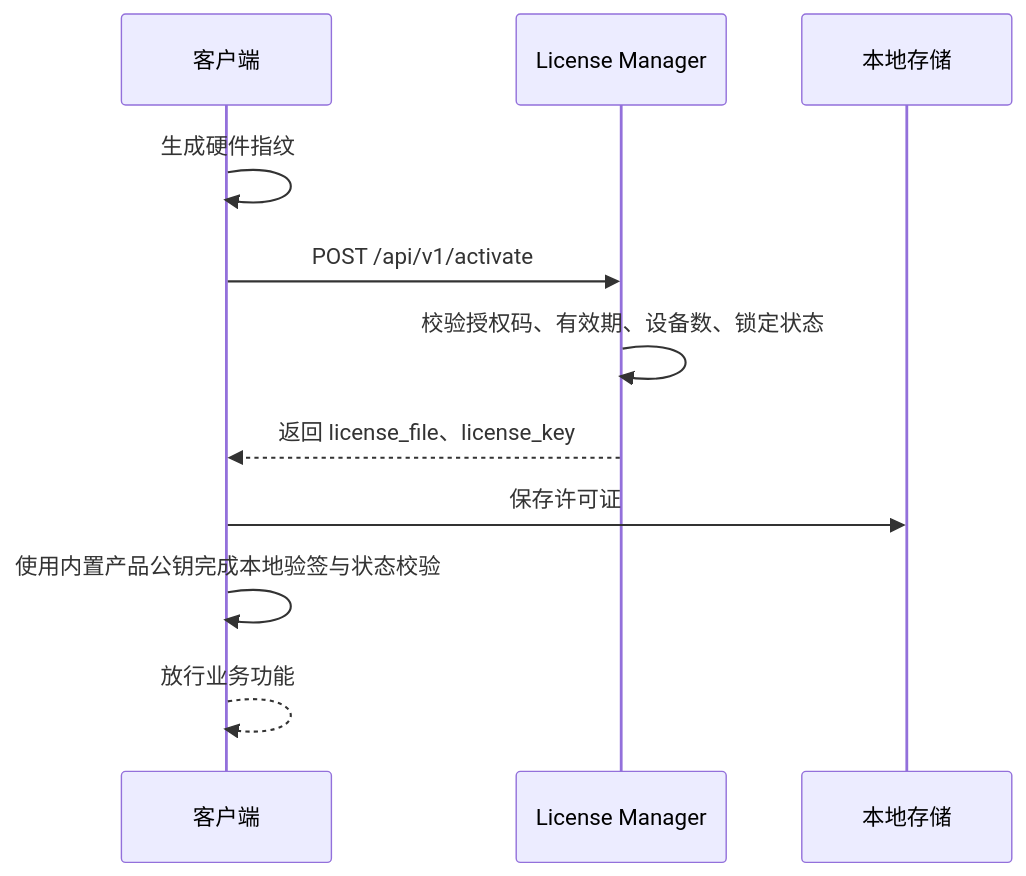
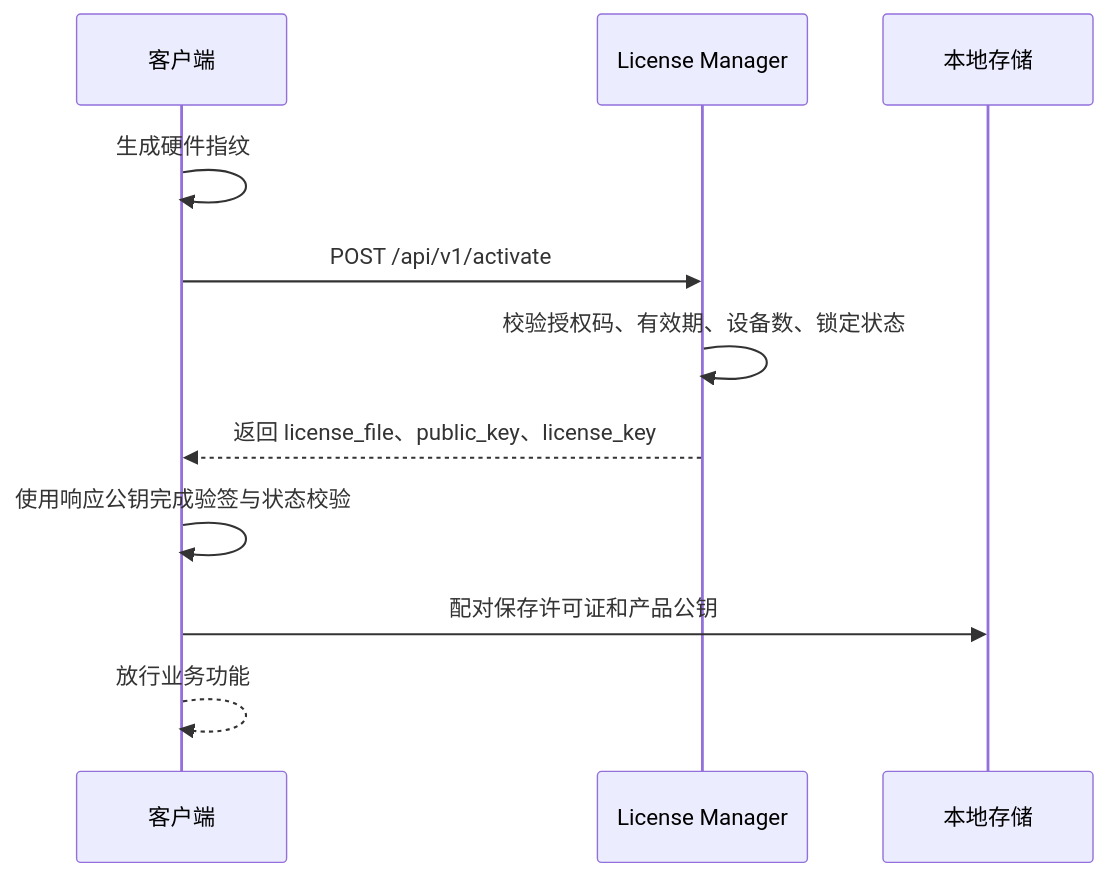
Before and after one commit to cedar-v/license-manager-docs: the diagram in docs/developer/activation-online.md, drawn with Mermaid. The commit also changed other lines of this file and 22 other files, not shown here.

Commit message:
feat: Implement GEO-01 client access fact source design and delivery, consolidating public key retrieval and license verification processes, while enhancing documentation clarity and reducing redundancy across related pages.

````diff
--- a/docs/developer/activation-online.md
+++ b/docs/developer/activation-online.md
@@ -14,14 +14,14 @@
 ```mermaid
 sequenceDiagram
     participant Client as 客户端
     participant LM as License Manager
     participant Local as 本地存储
 
     Client->>Client: 生成硬件指纹
     Client->>LM: POST /api/v1/activate
     LM->>LM: 校验授权码、有效期、设备数、锁定状态
-    LM-->>Client: 返回 license_file、license_key
-    Client->>Local: 保存许可证
-    Client->>Client: 使用内置产品公钥完成本地验签与状态校验
+    LM-->>Client: 返回 license_file、public_key、license_key
+    Client->>Client: 使用响应公钥完成验签与状态校验
+    Client->>Local: 配对保存许可证和产品公钥
     Client-->>Client: 放行业务功能
 ```
````
